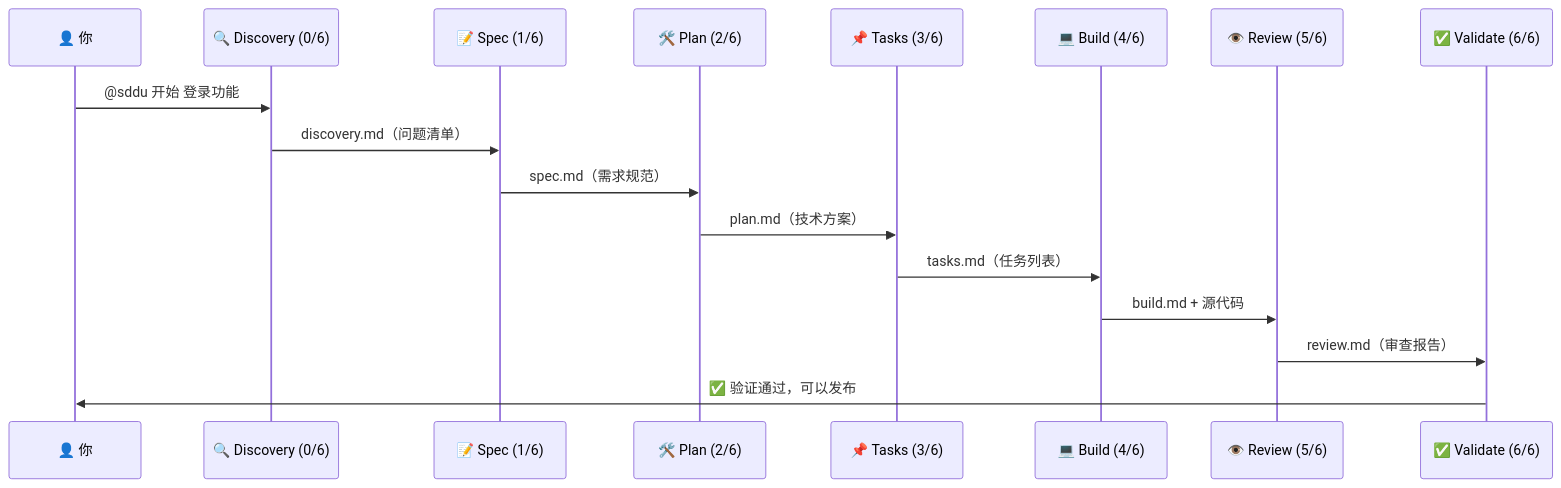
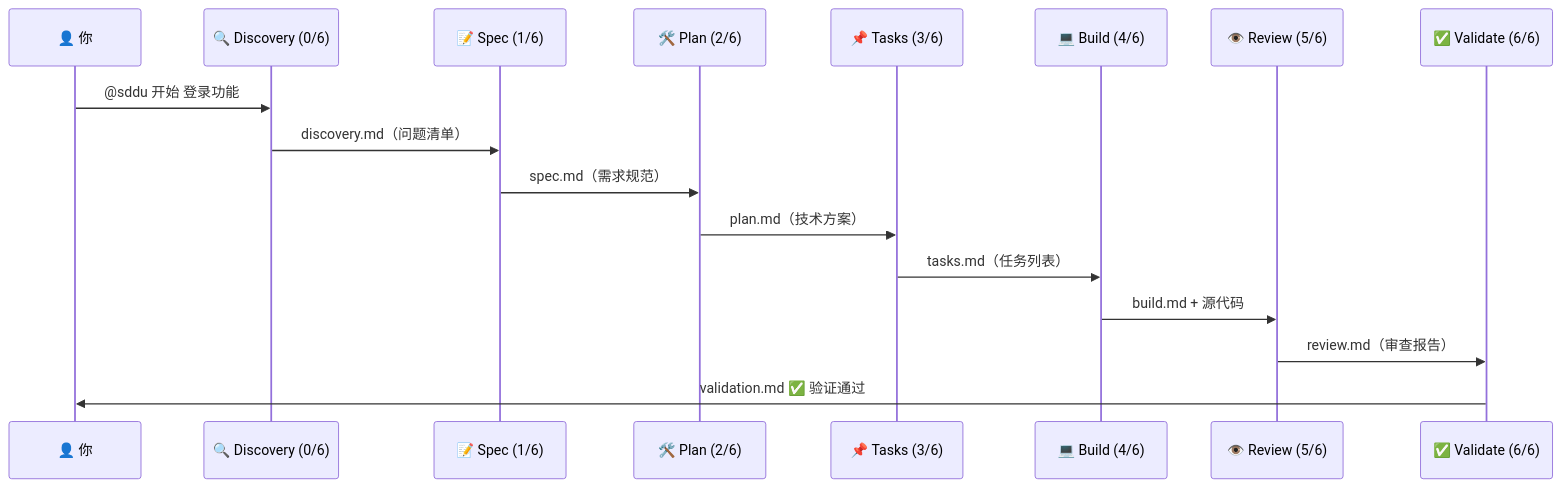
The diagram in README.md (THZSummer/sddu), drawn with Mermaid before and after one commit.

Commit message:
docs: add validation.md output to workflow diagram

````diff
--- a/README.md
+++ b/README.md
@@ -56,20 +56,20 @@
 ```mermaid
 sequenceDiagram
     participant U as 👤 你
     participant D as 🔍 Discovery (0/6)
     participant S as 📝 Spec (1/6)
     participant P as 🛠️ Plan (2/6)
     participant T as 📌 Tasks (3/6)
     participant B as 💻 Build (4/6)
     participant R as 👁️ Review (5/6)
     participant V as ✅ Validate (6/6)
 
     U->>D: @sddu 开始 登录功能
     D->>S: discovery.md（问题清单）
     S->>P: spec.md（需求规范）
     P->>T: plan.md（技术方案）
     T->>B: tasks.md（任务列表）
     B->>R: build.md + 源代码
     R->>V: review.md（审查报告）
-    V->>U: ✅ 验证通过，可以发布
+    V->>U: validation.md ✅ 验证通过
 ```
````
